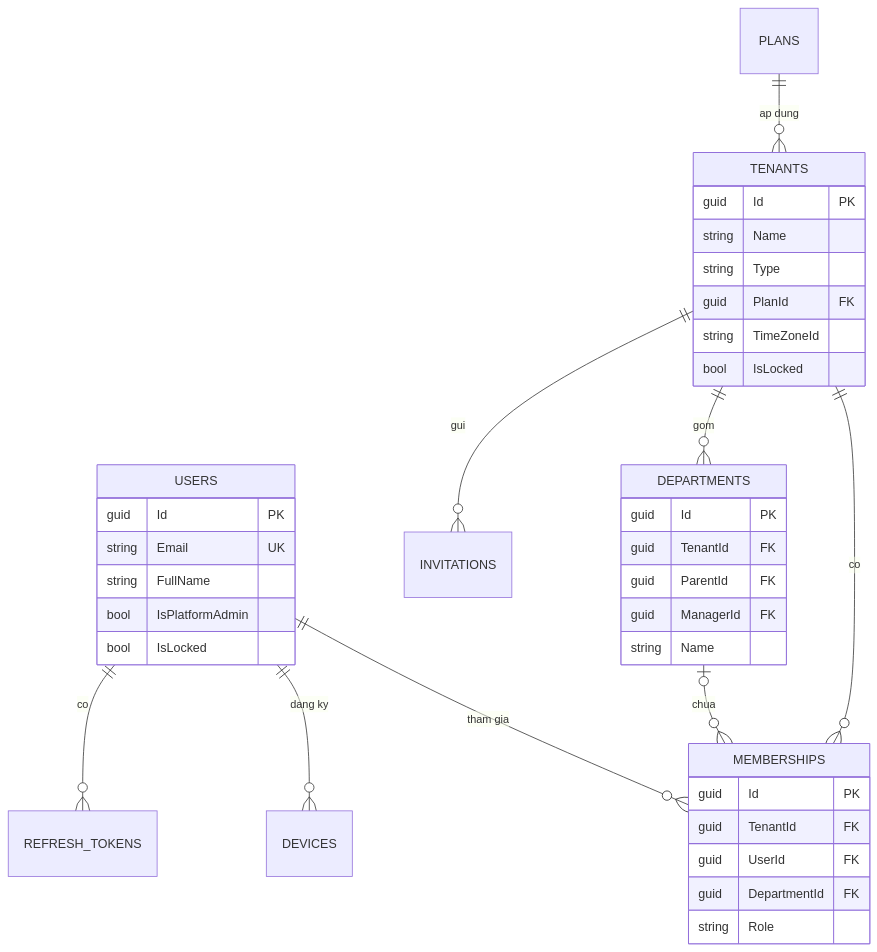
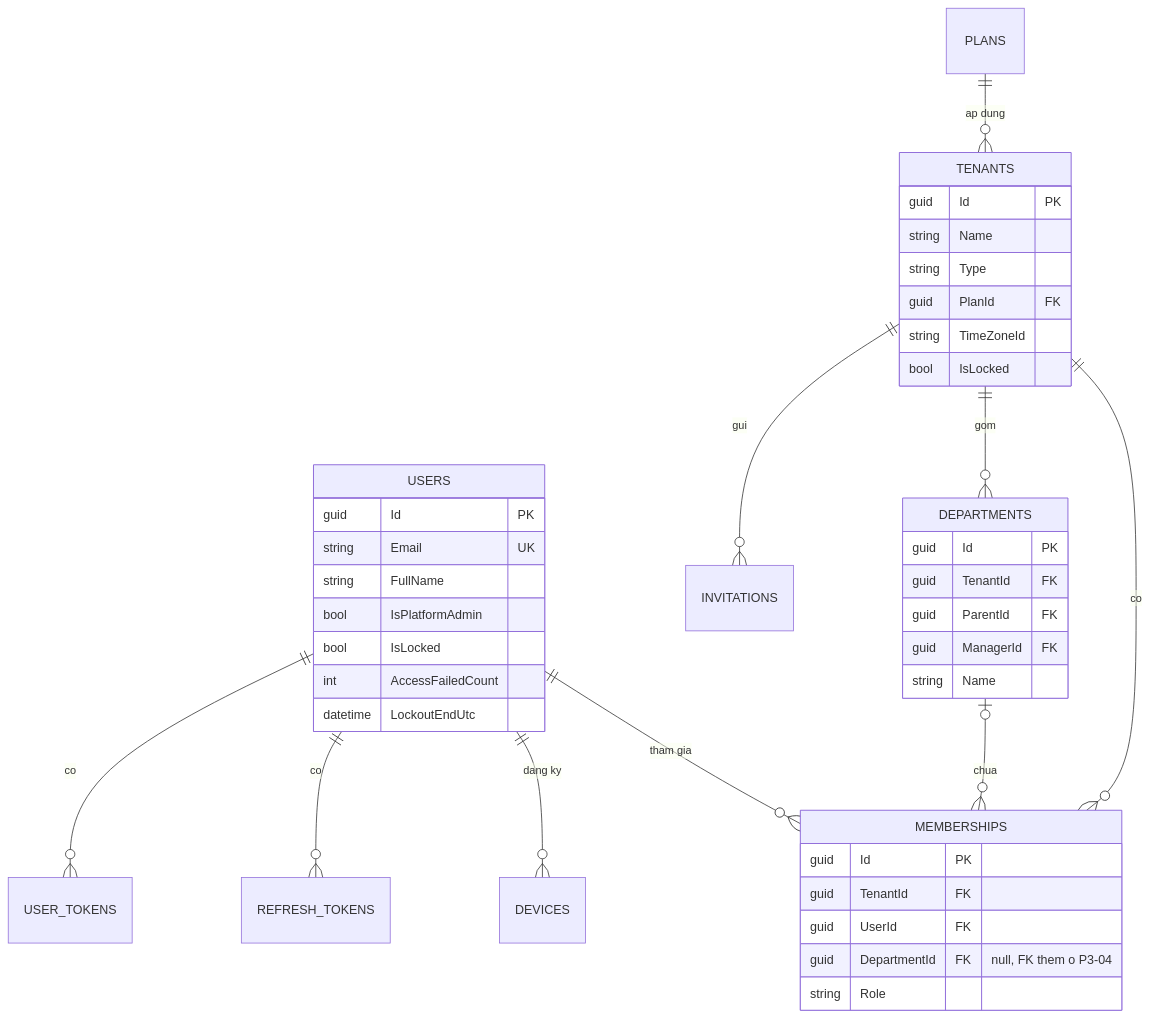
One commit to HNgTruc/WorkCal changed the first of 4 diagrams in docs/database/erd.md. Above: the diagram before and after it, drawn with Mermaid. The commit also changed 17 other files, not shown here.

````diff
--- a/docs/database/erd.md
+++ b/docs/database/erd.md
@@ -19,40 +19,43 @@
 ```mermaid
 erDiagram
     PLANS ||--o{ TENANTS : "ap dung"
     TENANTS ||--o{ MEMBERSHIPS : "co"
     USERS ||--o{ MEMBERSHIPS : "tham gia"
     DEPARTMENTS |o--o{ MEMBERSHIPS : "chua"
     TENANTS ||--o{ DEPARTMENTS : "gom"
     TENANTS ||--o{ INVITATIONS : "gui"
     USERS ||--o{ DEVICES : "dang ky"
     USERS ||--o{ REFRESH_TOKENS : "co"
+    USERS ||--o{ USER_TOKENS : "co"
     TENANTS {
         guid Id PK
         string Name
         string Type
         guid PlanId FK
         string TimeZoneId
         bool IsLocked
     }
     USERS {
         guid Id PK
         string Email UK
         string FullName
         bool IsPlatformAdmin
         bool IsLocked
+        int AccessFailedCount
+        datetime LockoutEndUtc
     }
     MEMBERSHIPS {
         guid Id PK
         guid TenantId FK
         guid UserId FK
-        guid DepartmentId FK
+        guid DepartmentId FK "null, FK them o P3-04"
         string Role
     }
     DEPARTMENTS {
         guid Id PK
         guid TenantId FK
         guid ParentId FK
         guid ManagerId FK
         string Name
     }
 ```
````
